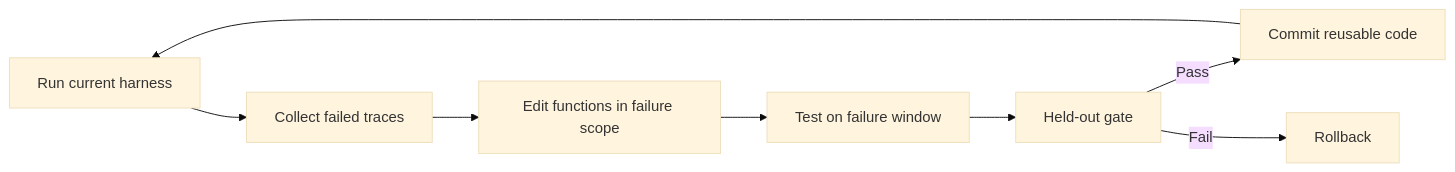
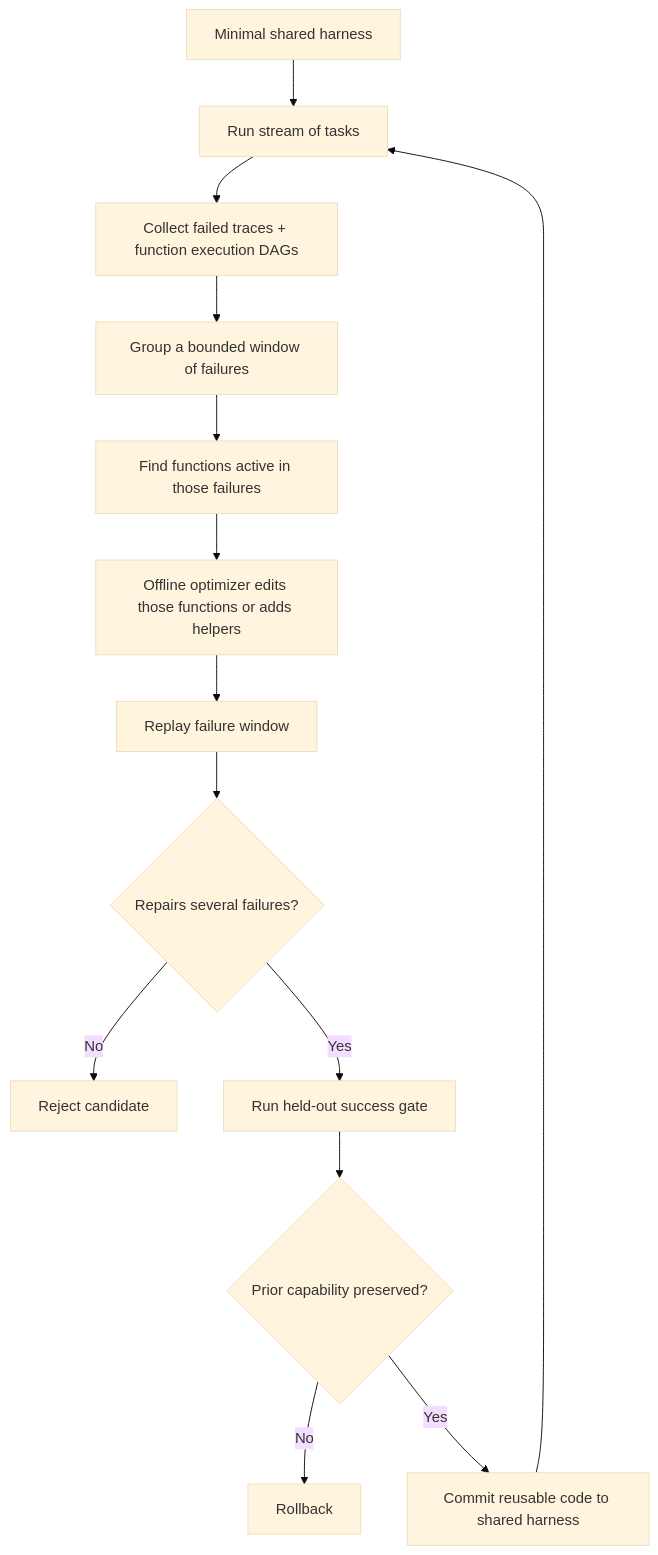
The diagram in _analyses/2609.26760.md (ShadowKingYT444/harness-papers-daily), drawn with Mermaid (base theme) before and after one commit. The commit also changed other lines of this file and 37 other files, not shown here.

````diff
--- a/_analyses/2609.26760.md
+++ b/_analyses/2609.26760.md
@@ -21,10 +43,16 @@
-```mermaid
-flowchart LR
-    A[Run current harness] --> B[Collect failed traces]
-    B --> C[Edit functions in failure scope]
-    C --> D[Test on failure window]
-    D --> E[Held-out gate]
-    E -- Pass --> F[Commit reusable code]
-    E -- Fail --> G[Rollback]
-    F --> A
-```
+~~~mermaid
+flowchart TD
+    A["Minimal shared harness"] --> B["Run stream of tasks"]
+    B --> C["Collect failed traces + function execution DAGs"]
+    C --> D["Group a bounded window of failures"]
+    D --> E["Find functions active in those failures"]
+    E --> F["Offline optimizer edits those functions or adds helpers"]
+    F --> G["Replay failure window"]
+    G --> H{"Repairs several failures?"}
+    H -- "No" --> I["Reject candidate"]
+    H -- "Yes" --> J["Run held-out success gate"]
+    J --> K{"Prior capability preserved?"}
+    K -- "No" --> L["Rollback"]
+    K -- "Yes" --> M["Commit reusable code to shared harness"]
+    M --> B
+~~~
````
